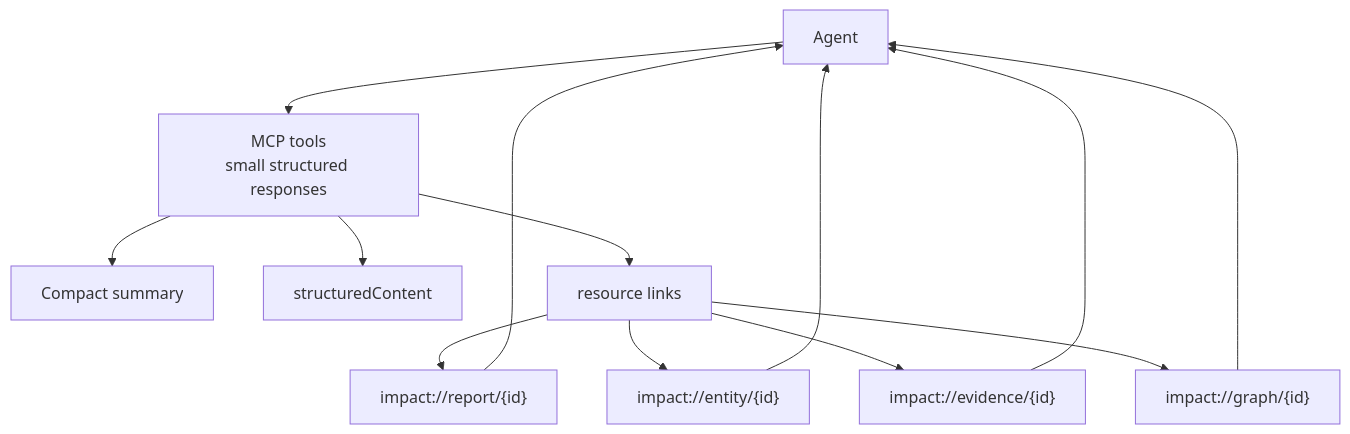
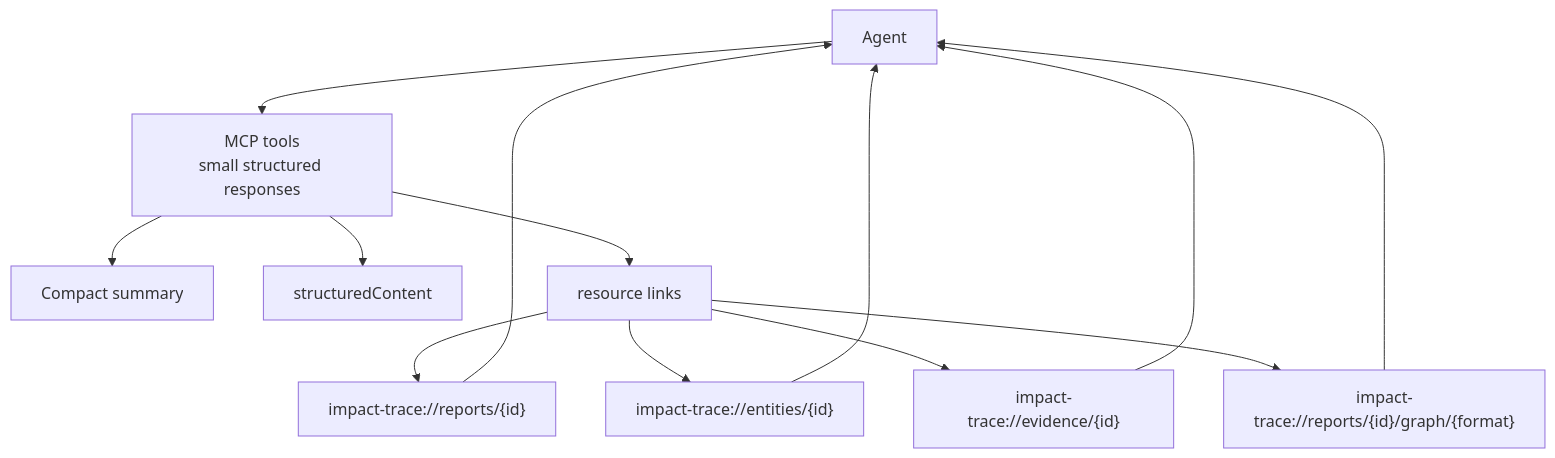
Before and after one commit to YouSangSon/Parallax: the sixth of 9 diagrams in docs/impact-context-layer-plan.ko.md, drawn with Mermaid. The commit also changed other lines of this file and 9 other files, not shown here.

First line of the commit message:
feat(mcp): evidence resource 조회 추가

````diff
--- a/docs/impact-context-layer-plan.ko.md
+++ b/docs/impact-context-layer-plan.ko.md
@@ -400,17 +400,17 @@
 ```mermaid
 flowchart TB
   Agent["Agent"] --> Tools["MCP tools<br/>small structured responses"]
   Tools --> Summary["Compact summary"]
   Tools --> Structured["structuredContent"]
   Tools --> ResourceLinks["resource links"]
 
-  ResourceLinks --> Report["impact://report/{id}"]
-  ResourceLinks --> Entity["impact://entity/{id}"]
-  ResourceLinks --> Evidence["impact://evidence/{id}"]
-  ResourceLinks --> Graph["impact://graph/{id}"]
+  ResourceLinks --> Report["impact-trace://reports/{id}"]
+  ResourceLinks --> Entity["impact-trace://entities/{id}"]
+  ResourceLinks --> Evidence["impact-trace://evidence/{id}"]
+  ResourceLinks --> Graph["impact-trace://reports/{id}/graph/{format}"]
 
   Report --> Agent
   Entity --> Agent
   Evidence --> Agent
   Graph --> Agent
 ```
````
